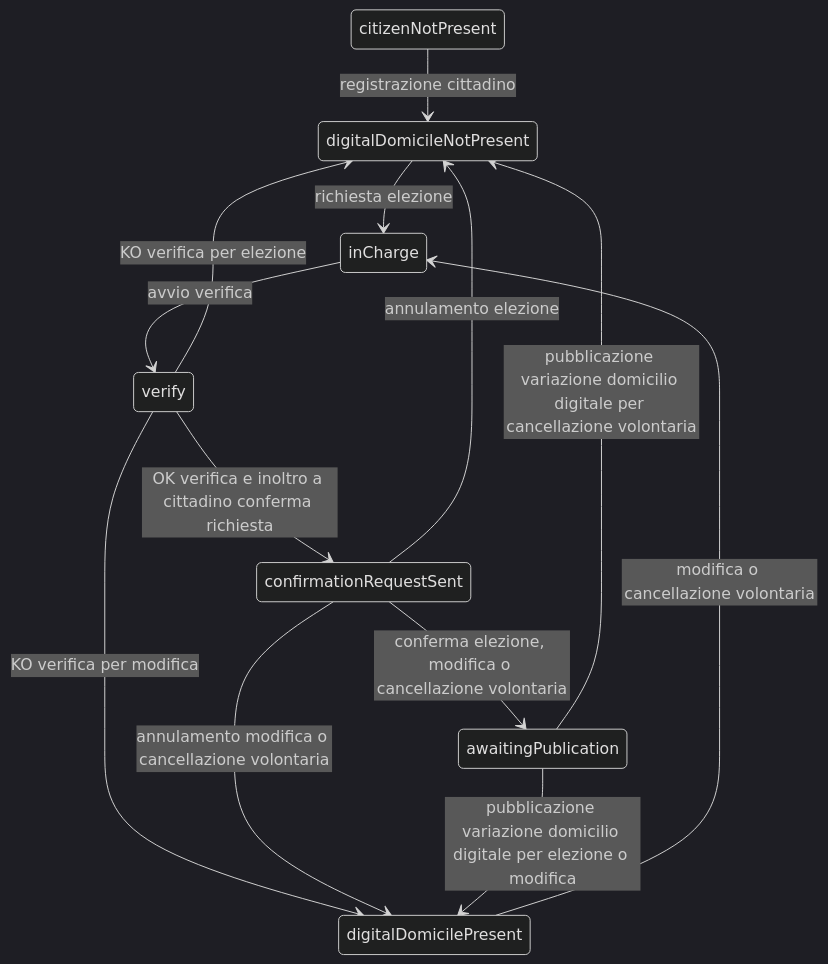
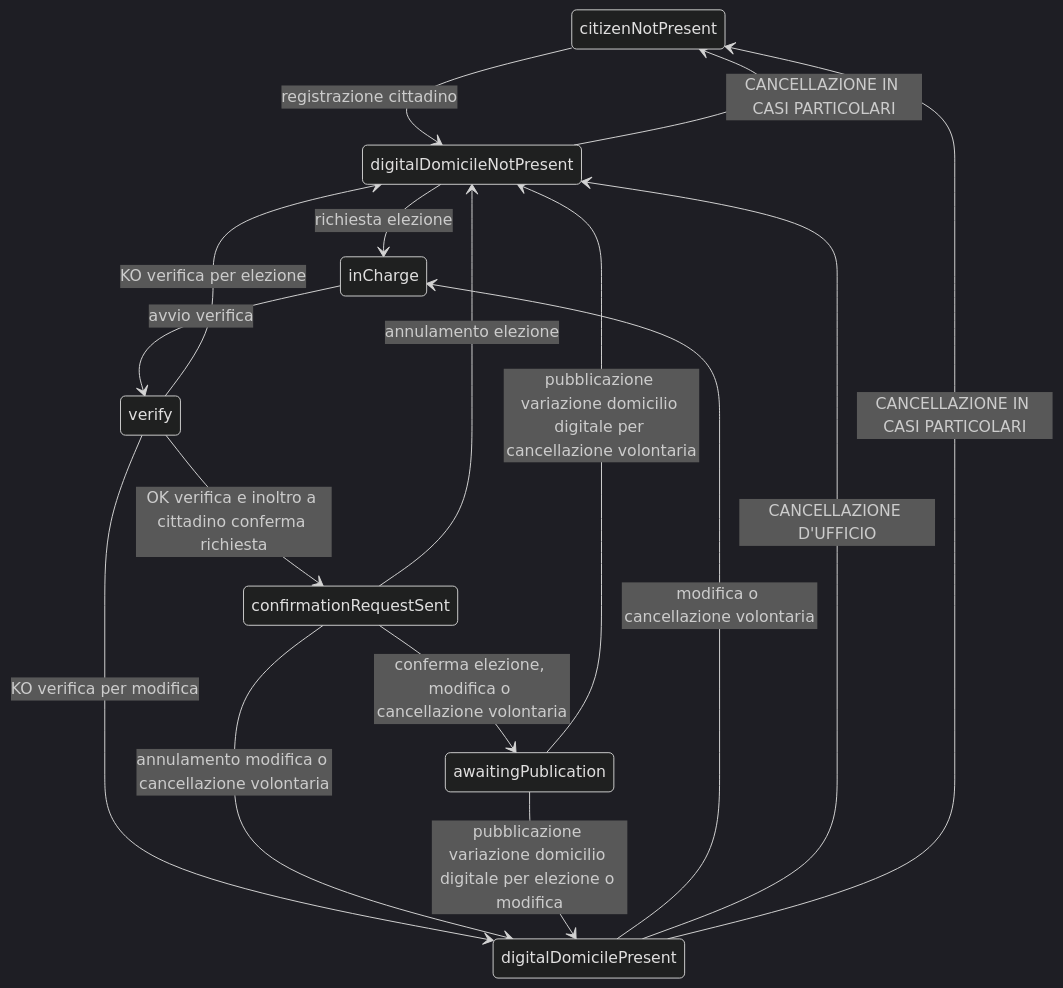
One commit to ioggstream/verify_integration_INAD_with_ANPR-IO changed the diagram in readme.md. Above: the diagram before and after it, drawn with Mermaid (dark theme). The commit also changed other lines of this file, not shown here.

````diff
--- a/readme.md
+++ b/readme.md
@@ -478,26 +478,32 @@
 ```mermaid
   stateDiagram-v2
     citizenNotPresent --> digitalDomicileNotPresent: registrazione cittadino  
 
     digitalDomicileNotPresent --> inCharge: richiesta elezione
 
-    digitalDomicilePresent --> inCharge: modifica o cancellazione volontaria
+    digitalDomicilePresent --> inCharge: modifica o cancellazione volontaria    
 
     inCharge --> verify: avvio verifica
 
     verify --> confirmationRequestSent: OK verifica e inoltro a cittadino conferma richiesta
 
     verify --> digitalDomicilePresent: KO verifica per modifica
 
     verify --> digitalDomicileNotPresent: KO verifica per elezione   
 
     confirmationRequestSent --> awaitingPublication: conferma elezione, modifica o cancellazione volontaria 
 
     confirmationRequestSent --> digitalDomicileNotPresent: annulamento elezione
 
     confirmationRequestSent --> digitalDomicilePresent: annulamento modifica o cancellazione volontaria
 
     awaitingPublication --> digitalDomicilePresent: pubblicazione variazione domicilio digitale per elezione o modifica
     
     awaitingPublication --> digitalDomicileNotPresent: pubblicazione variazione domicilio digitale per cancellazione volontaria
+
+    digitalDomicilePresent --> digitalDomicileNotPresent: CANCELLAZIONE D'UFFICIO
+
+    digitalDomicilePresent --> citizenNotPresent: CANCELLAZIONE IN CASI PARTICOLARI
+
+    digitalDomicileNotPresent --> citizenNotPresent: CANCELLAZIONE IN CASI PARTICOLARI
 ```
````
